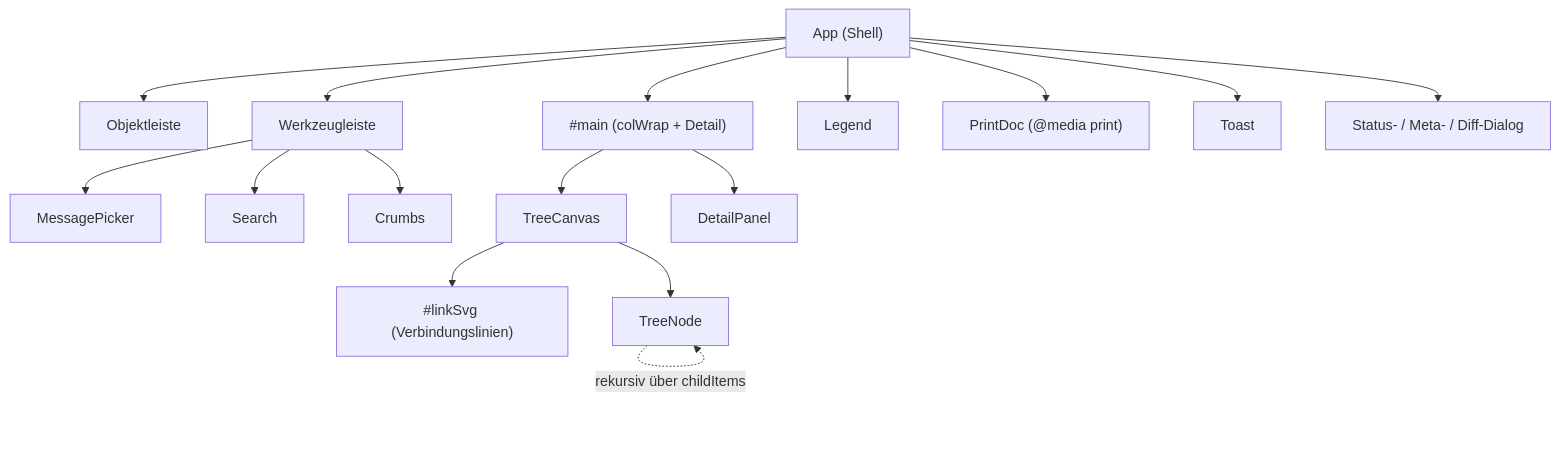
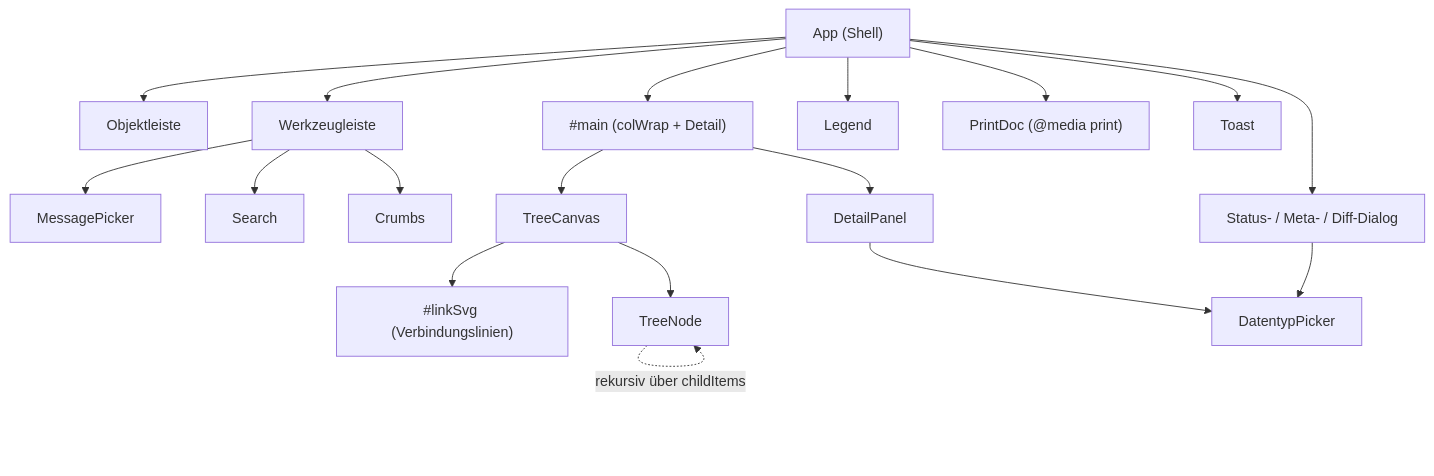
One commit to FinnFreiheit/Profilierer changed the first of 4 diagrams in docs/architecture.md. Above: the diagram before and after it, drawn with Mermaid. The commit also changed 19 other files, not shown here.

First line of the commit message:
Feature: Datentyp einer Schema-Erweiterung aus dem Schema waehlen (#96)

````diff
--- a/docs/architecture.md
+++ b/docs/architecture.md
@@ -24,19 +24,21 @@
 ```mermaid
 graph TD
   App["App (Shell)"]
   App --> Objektleiste
   App --> Werkzeugleiste
   App --> Main["#main (colWrap + Detail)"]
   App --> Legend
   App --> PrintDoc["PrintDoc (@media print)"]
   App --> Toast
   App --> Dlgs["Status- / Meta- / Diff-Dialog"]
   Werkzeugleiste --> MessagePicker
   Werkzeugleiste --> Search
   Werkzeugleiste --> Crumbs
   Main --> TreeCanvas
   Main --> DetailPanel
+  DetailPanel --> DatentypPicker
+  Dlgs --> DatentypPicker
   TreeCanvas --> LinkSVG["#linkSvg (Verbindungslinien)"]
   TreeCanvas --> TreeNode
   TreeNode -.->|rekursiv über childItems| TreeNode
 ```
````
